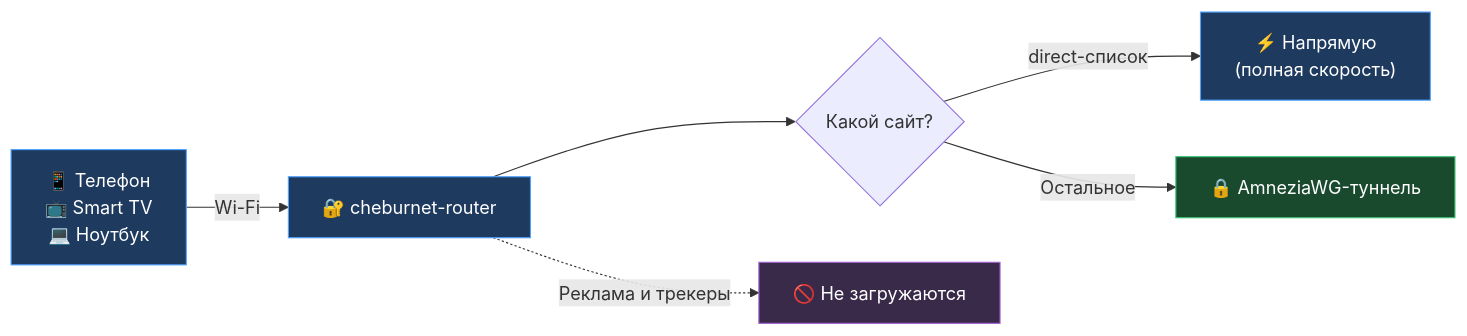
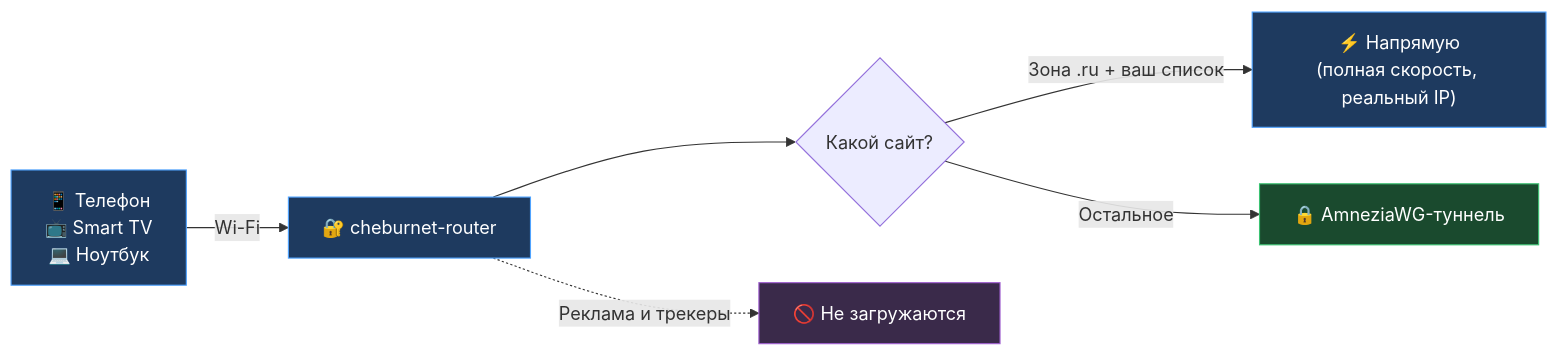
Before and after one commit to andreiyurik/cheburnet-router: the diagram in README.md, drawn with Mermaid. The commit also changed other lines of this file, not shown here.

````diff
--- a/README.md
+++ b/README.md
@@ -53,15 +62,15 @@
 ```mermaid
 flowchart LR
     Phone["📱 Телефон<br/>📺 Smart TV<br/>💻 Ноутбук"] -->|"Wi-Fi"| Router["🔐 cheburnet-router"]
     Router --> Choice{"Какой сайт?"}
-    Choice -->|"direct-список"| Direct["⚡ Напрямую<br/>(полная скорость)"]
+    Choice -->|"Зона .ru + ваш список"| Direct["⚡ Напрямую<br/>(полная скорость, реальный IP)"]
     Choice -->|"Остальное"| VPN["🔒 AmneziaWG-туннель"]
     Router -.->|"Реклама и трекеры"| Block["🚫 Не загружаются"]
 
     classDef d fill:#1e3a5f,stroke:#4fa3ff,color:#fff
     classDef vpn fill:#1a4a2e,stroke:#3bc272,color:#fff
     classDef blk fill:#3a2a4a,stroke:#a060d0,color:#fff
     class Router,Phone,Direct d
     class VPN vpn
     class Block blk
 ```
````
